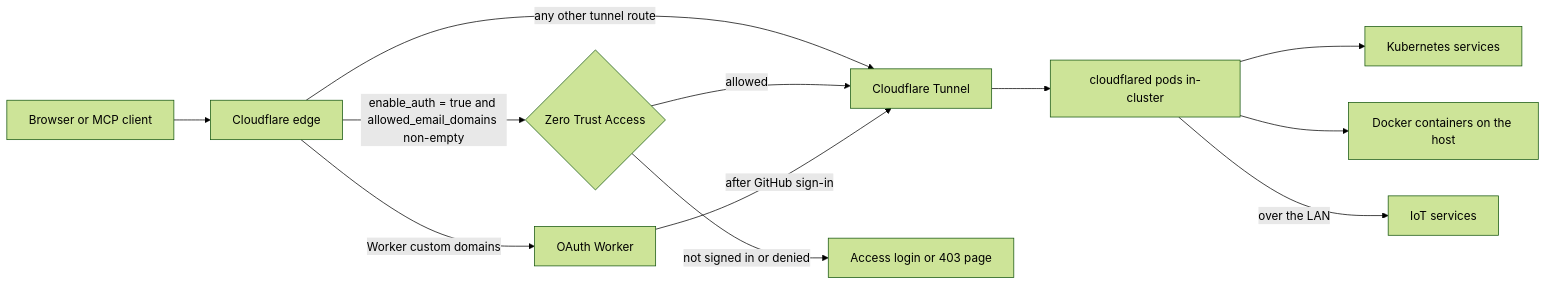
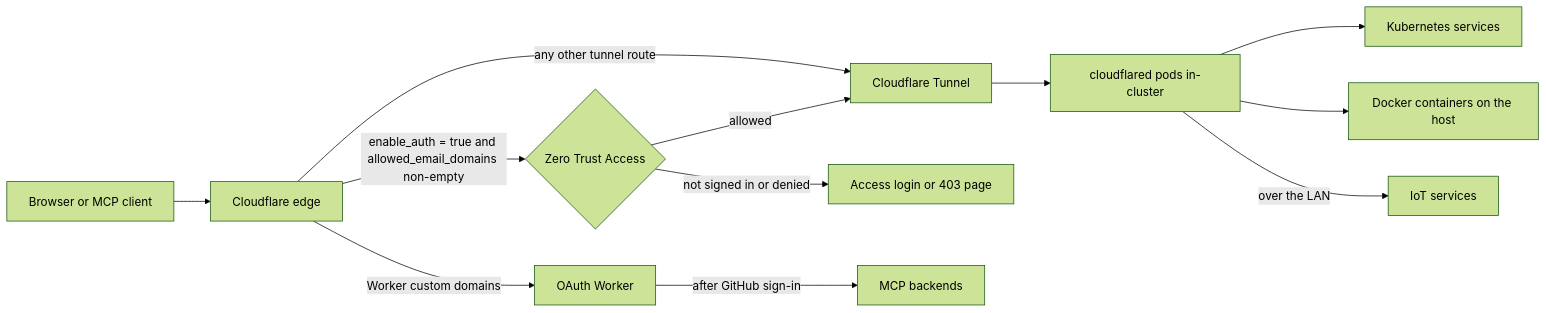
One commit to rainforest-dev/rainforest-homelab changed the diagram in README.md. Above: the diagram before and after it, drawn with Mermaid (forest theme).

Commit message:
docs: point the Worker's diagram edge at its MCP backends, not the tunnel

````diff
--- a/README.md
+++ b/README.md
@@ -20,14 +20,14 @@
 ```mermaid
 flowchart LR
   U[Browser or MCP client] --> CF[Cloudflare edge]
   CF -->|"enable_auth = true and allowed_email_domains non-empty"| ZT{Zero Trust Access}
   CF -- any other tunnel route --> T
   CF -- Worker custom domains --> W[OAuth Worker]
   ZT -- allowed --> T[Cloudflare Tunnel]
   ZT -- not signed in or denied --> X[Access login or 403 page]
-  W -- after GitHub sign-in --> T
+  W -- after GitHub sign-in --> M[MCP backends]
   T --> CD[cloudflared pods in-cluster]
   CD --> K[Kubernetes services]
   CD --> D[Docker containers on the host]
   CD -- over the LAN --> I[IoT services]
 ```
````
